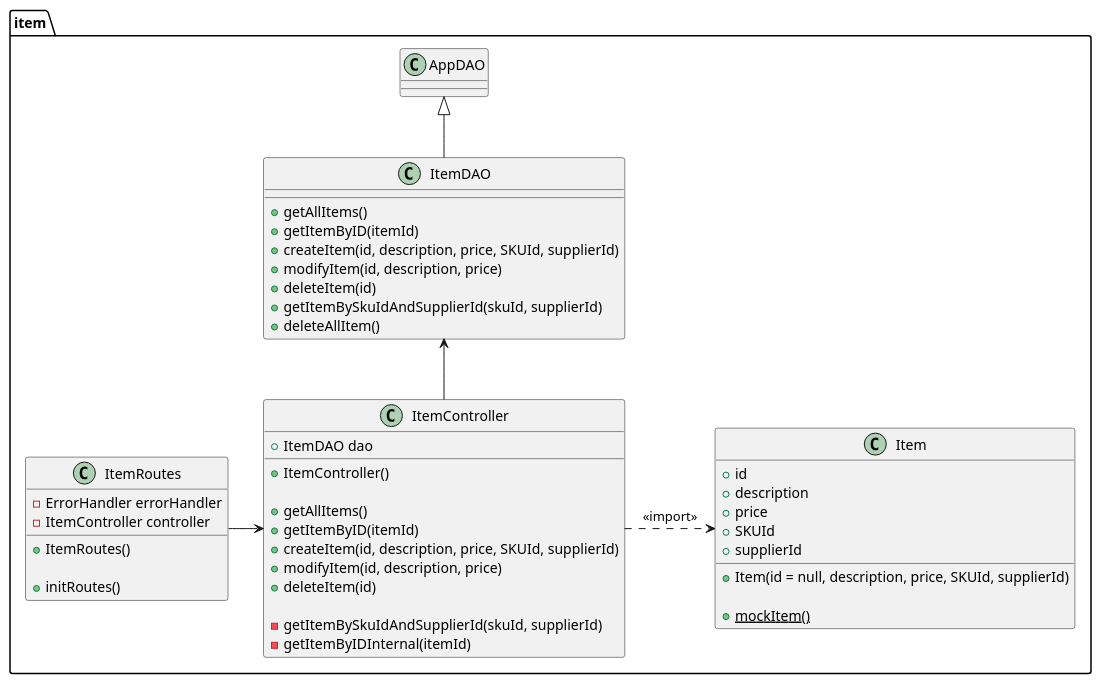
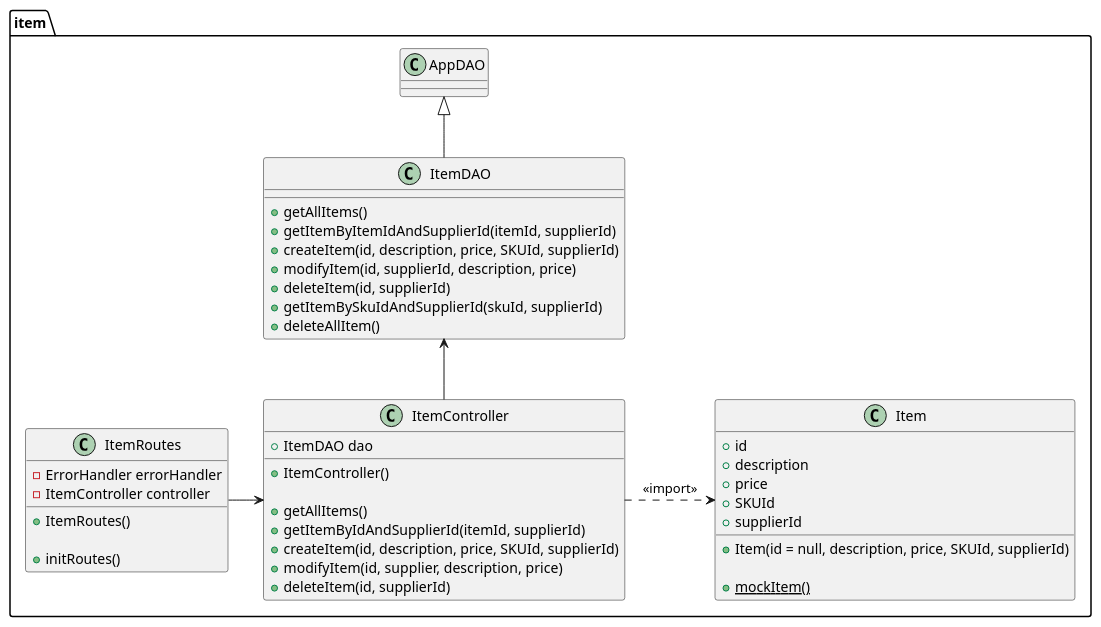
Diagram 12 of 26 in DesignDocument.md (stefanodevenuto/ezwh), drawn with PlantUML before and after one commit. The commit also changed other lines of this file and 1 other file, not shown here.

Commit message:
Changes DesignDocument according to code

````diff
--- a/DesignDocument.md
+++ b/DesignDocument.md
@@ -755,55 +755,52 @@
 ```plantuml
 @startuml 
     package item {
         Class ItemDAO extends AppDAO {
             + getAllItems()
-            + getItemByID(itemId)
+            + getItemByItemIdAndSupplierId(itemId, supplierId)
             + createItem(id, description, price, SKUId, supplierId)
-            + modifyItem(id, description, price)
-            + deleteItem(id)
+            + modifyItem(id, supplierId, description, price)
+            + deleteItem(id, supplierId)
             + getItemBySkuIdAndSupplierId(skuId, supplierId)
             + deleteAllItem()
         }
 
         Class ItemController {
             + ItemDAO dao
 
             + ItemController()
 
             + getAllItems()
-            + getItemByID(itemId)
+            + getItemByIdAndSupplierId(itemId, supplierId)
             + createItem(id, description, price, SKUId, supplierId)
-            + modifyItem(id, description, price)
-            + deleteItem(id)
-
-            - getItemBySkuIdAndSupplierId(skuId, supplierId)
-            - getItemByIDInternal(itemId)
+            + modifyItem(id, supplier, description, price)
+            + deleteItem(id, supplierId)
         }
 
         Class ItemRoutes {
             - ErrorHandler errorHandler
             - ItemController controller
 
             + ItemRoutes()
 
             + initRoutes()
         }
 
         Class Item {
             + id
             + description
             + price
             + SKUId
             + supplierId
 
             + Item(id = null, description, price, SKUId, supplierId)
 
             + {static} mockItem()
         }
 
         ItemController -up-> ItemDAO
         ItemRoutes -> ItemController
         ItemController .> Item : <<import>>
     }
 @enduml
 ```
````
